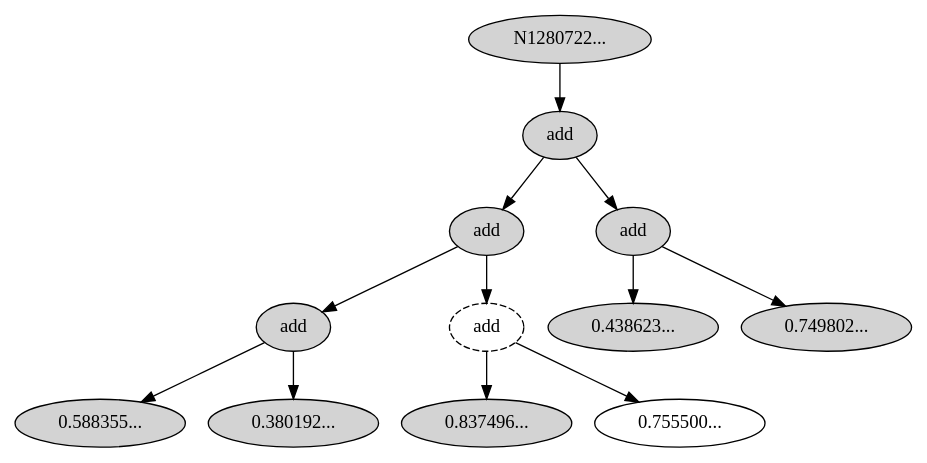
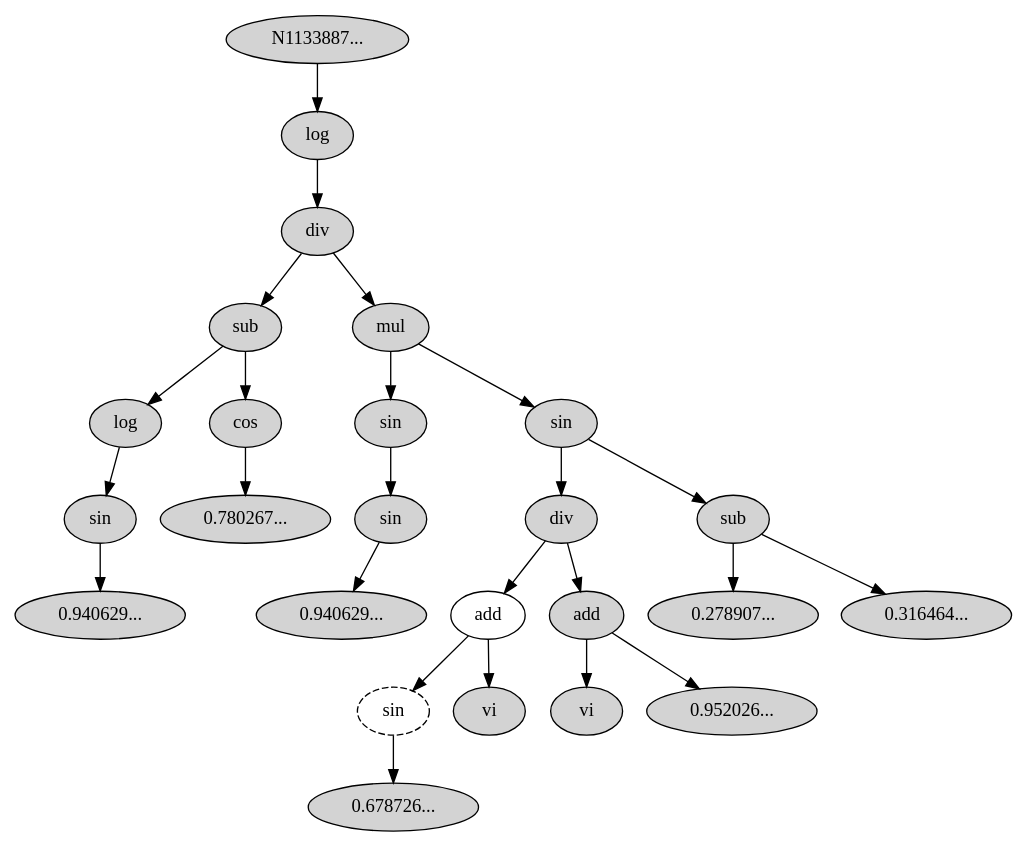
One commit to munifgebara/josilTs changed the diagram in report/dollar_best.dot. Above: the diagram before and after it, drawn with Graphviz. The commit also changed 32 other files, not shown here.

```diff
--- a/report/dollar_best.dot
+++ b/report/dollar_best.dot
@@ -1,25 +1,51 @@
- digraph G1280722 {
-N1280722[ style="filled"  label="N1280722..."];
-N1280722 -> N1280723;
-N1280723[ style="filled"  label="add"];
-N1280723 -> N1280724;
-N1280724[ style="filled"  label="add"];
-N1280724 -> N1280725;
-N1280725[ style="filled"  label="add"];
-N1280725 -> N1280726;
-N1280726[ style="filled"  label="0.588355..."];
-N1280725 -> N1280727;
-N1280727[ style="filled"  label="0.380192..."];
-N1280724 -> N1280728;
-N1280728[ style="dashed"  label="add"];
-N1280728 -> N1280729;
-N1280729[ style="filled"  label="0.837496..."];
-N1280728 -> N1280709;
-N1280709[ style="solid"  label="0.755500..."];
-N1280723 -> N1280731;
-N1280731[ style="filled"  label="add"];
-N1280731 -> N1280732;
-N1280732[ style="filled"  label="0.438623..."];
-N1280731 -> N1280733;
-N1280733[ style="filled"  label="0.749802..."];
+ digraph G1133887 {
+N1133887[ style="filled"  label="N1133887..."];
+N1133887 -> N1133888;
+N1133888[ style="filled"  label="log"];
+N1133888 -> N1133889;
+N1133889[ style="filled"  label="div"];
+N1133889 -> N1133890;
+N1133890[ style="filled"  label="sub"];
+N1133890 -> N1133891;
+N1133891[ style="filled"  label="log"];
+N1133891 -> N1133892;
+N1133892[ style="filled"  label="sin"];
+N1133892 -> N1133893;
+N1133893[ style="filled"  label="0.940629..."];
+N1133890 -> N1133894;
+N1133894[ style="filled"  label="cos"];
+N1133894 -> N1133895;
+N1133895[ style="filled"  label="0.780267..."];
+N1133889 -> N1133896;
+N1133896[ style="filled"  label="mul"];
+N1133896 -> N1133897;
+N1133897[ style="filled"  label="sin"];
+N1133897 -> N1133898;
+N1133898[ style="filled"  label="sin"];
+N1133898 -> N1133899;
+N1133899[ style="filled"  label="0.940629..."];
+N1133896 -> N1133900;
+N1133900[ style="filled"  label="sin"];
+N1133900 -> N1133901;
+N1133901[ style="filled"  label="div"];
+N1133901 -> N1133902;
+N1133902[ style="solid"  label="add"];
+N1133902 -> N1133915;
+N1133915[ style="dashed"  label="sin"];
+N1133915 -> N1133916;
+N1133916[ style="filled"  label="0.678726..."];
+N1133902 -> N1133904;
+N1133904[ style="filled"  label="vi"];
+N1133901 -> N1133905;
+N1133905[ style="filled"  label="add"];
+N1133905 -> N1133906;
+N1133906[ style="filled"  label="vi"];
+N1133905 -> N1133907;
+N1133907[ style="filled"  label="0.952026..."];
+N1133900 -> N1133908;
+N1133908[ style="filled"  label="sub"];
+N1133908 -> N1133909;
+N1133909[ style="filled"  label="0.278907..."];
+N1133908 -> N1133910;
+N1133910[ style="filled"  label="0.316464..."];
 }
```
